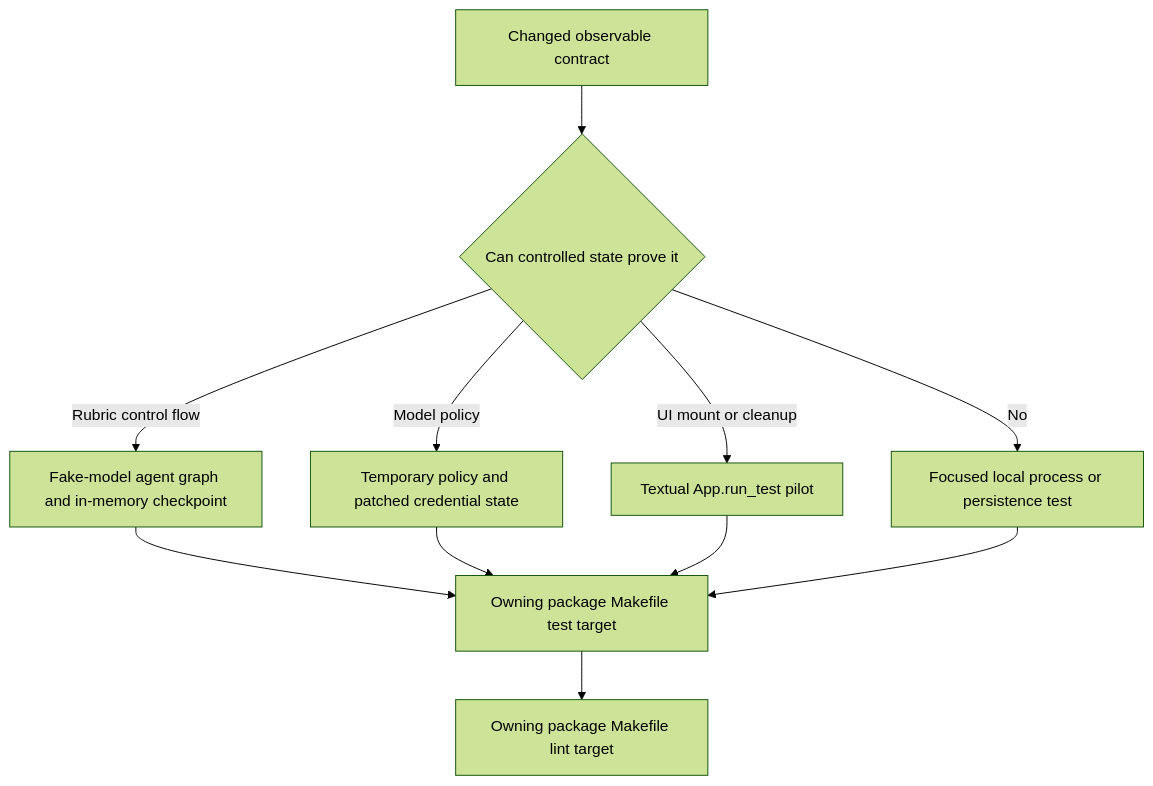
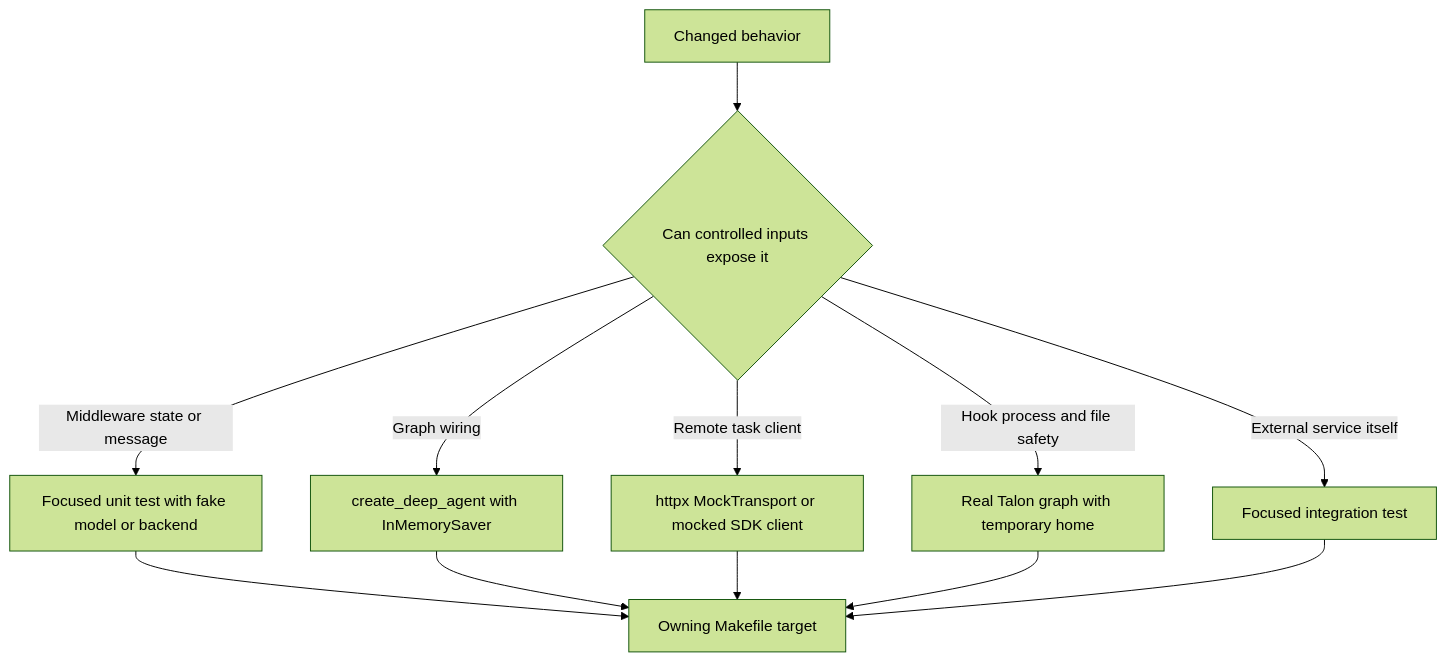
One commit to langchain-ai/deepagents changed the first of 2 diagrams in openwiki/testing/testing-guide.md. Above: the diagram before and after it, drawn with Mermaid (forest theme). The commit also changed other lines of this file and 33 other files, not shown here.

````diff
--- a/openwiki/testing/testing-guide.md
+++ b/openwiki/testing/testing-guide.md
@@ -61,13 +66,14 @@
 ```mermaid
 flowchart TD
-    Change["Changed observable contract"] --> Boundary{"Can controlled state prove it"}
-    Boundary -->|Rubric control flow| FakeGraph["Fake-model agent graph and in-memory checkpoint"]
-    Boundary -->|Model policy| ConfigTest["Temporary policy and patched credential state"]
-    Boundary -->|UI mount or cleanup| TextualPilot["Textual App.run_test pilot"]
-    Boundary -->|No| Integration["Focused local process or persistence test"]
-    FakeGraph --> Make["Owning package Makefile test target"]
-    ConfigTest --> Make
-    TextualPilot --> Make
+    Change["Changed behavior"] --> Boundary{"Can controlled inputs expose it"}
+    Boundary -->|Middleware state or message| Unit["Focused unit test with fake model or backend"]
+    Boundary -->|Graph wiring| Graph["create_deep_agent with InMemorySaver"]
+    Boundary -->|Remote task client| Transport["httpx MockTransport or mocked SDK client"]
+    Boundary -->|Hook process and file safety| Talon["Real Talon graph with temporary home"]
+    Boundary -->|External service itself| Integration["Focused integration test"]
+    Unit --> Make["Owning Makefile target"]
+    Graph --> Make
+    Transport --> Make
+    Talon --> Make
     Integration --> Make
-    Make --> Lint["Owning package Makefile lint target"]
 ```
````
